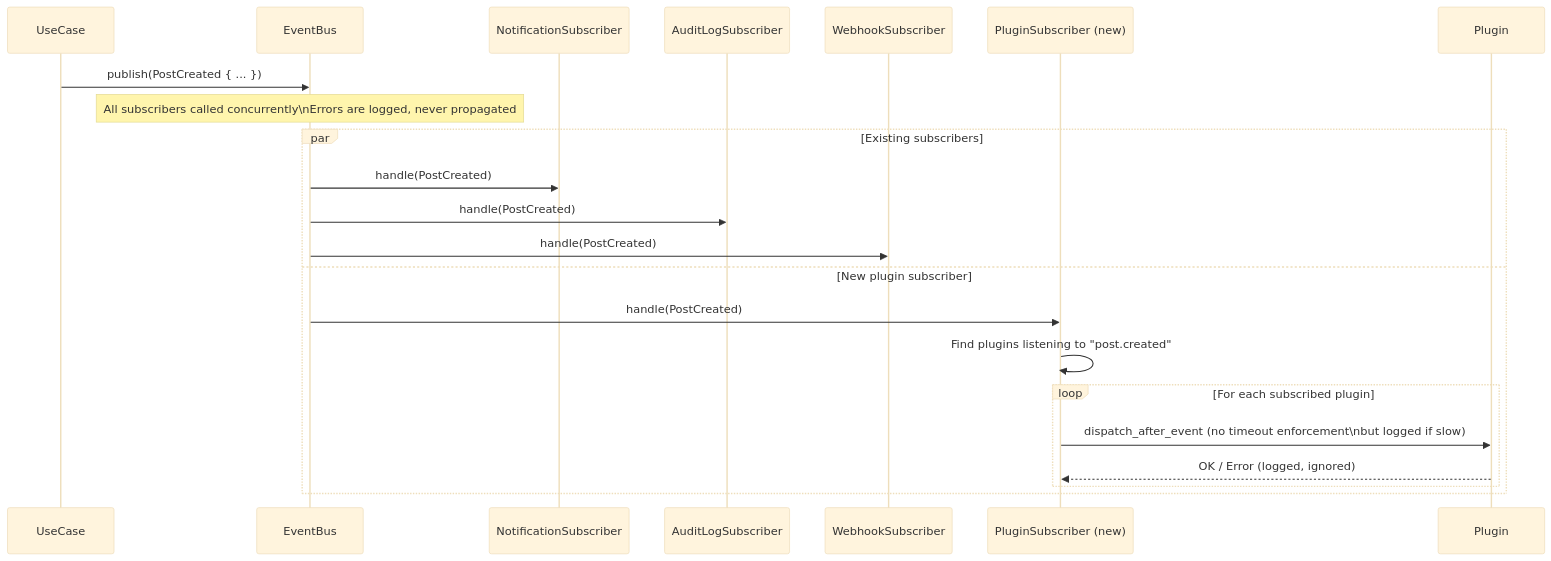
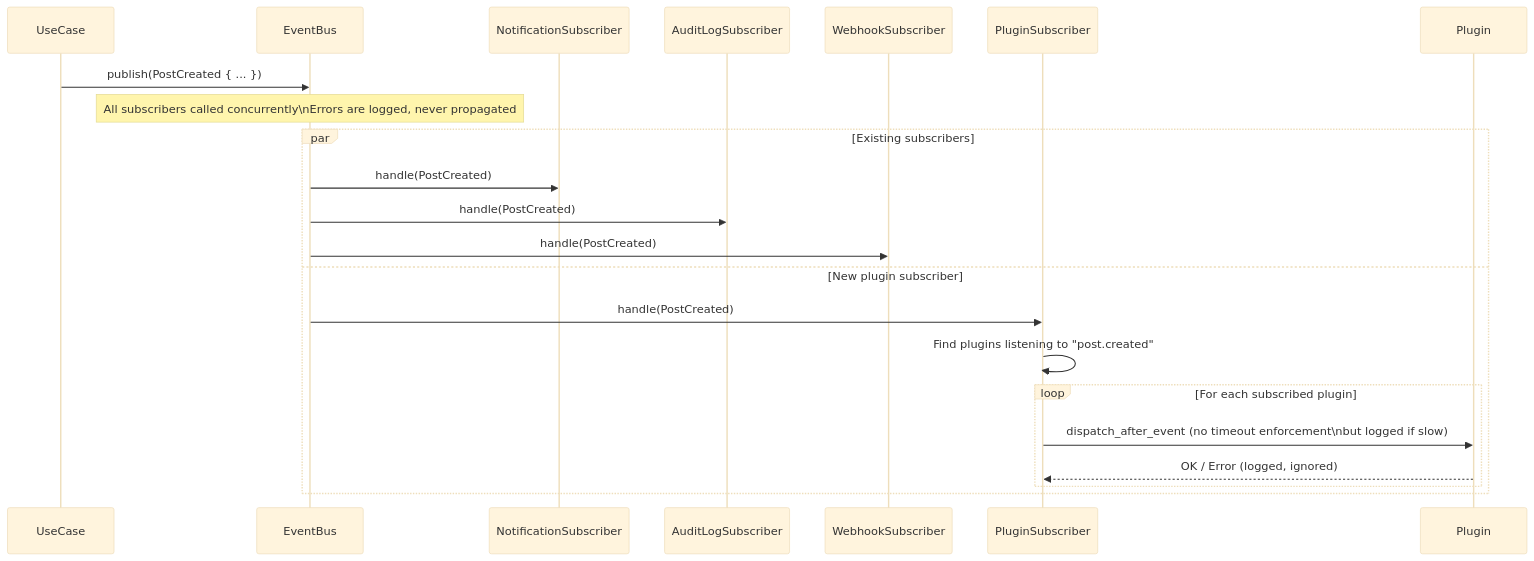
The eighth of 14 diagrams in docs/plugin-system/technical-design.md (rex-pj/ferum-board), drawn with Mermaid (base theme) before and after one commit. The commit also changed other lines of this file and 18 other files, not shown here.

````diff
--- a/docs/plugin-system/technical-design.md
+++ b/docs/plugin-system/technical-design.md
@@ -327,26 +340,26 @@
 ```mermaid
 sequenceDiagram
     participant UC as UseCase
     participant EB as EventBus
     participant NS as NotificationSubscriber
     participant AS as AuditLogSubscriber
     participant WS as WebhookSubscriber
-    participant PS as PluginSubscriber (new)
+    participant PS as PluginSubscriber
     participant P as Plugin
 
     UC->>EB: publish(PostCreated { ... })
     Note over EB: All subscribers called concurrently\nErrors are logged, never propagated
 
     par Existing subscribers
         EB->>NS: handle(PostCreated)
         EB->>AS: handle(PostCreated)
         EB->>WS: handle(PostCreated)
     and New plugin subscriber
         EB->>PS: handle(PostCreated)
         PS->>PS: Find plugins listening to "post.created"
         loop For each subscribed plugin
             PS->>P: dispatch_after_event (no timeout enforcement\nbut logged if slow)
             P-->>PS: OK / Error (logged, ignored)
         end
     end
 ```
````
